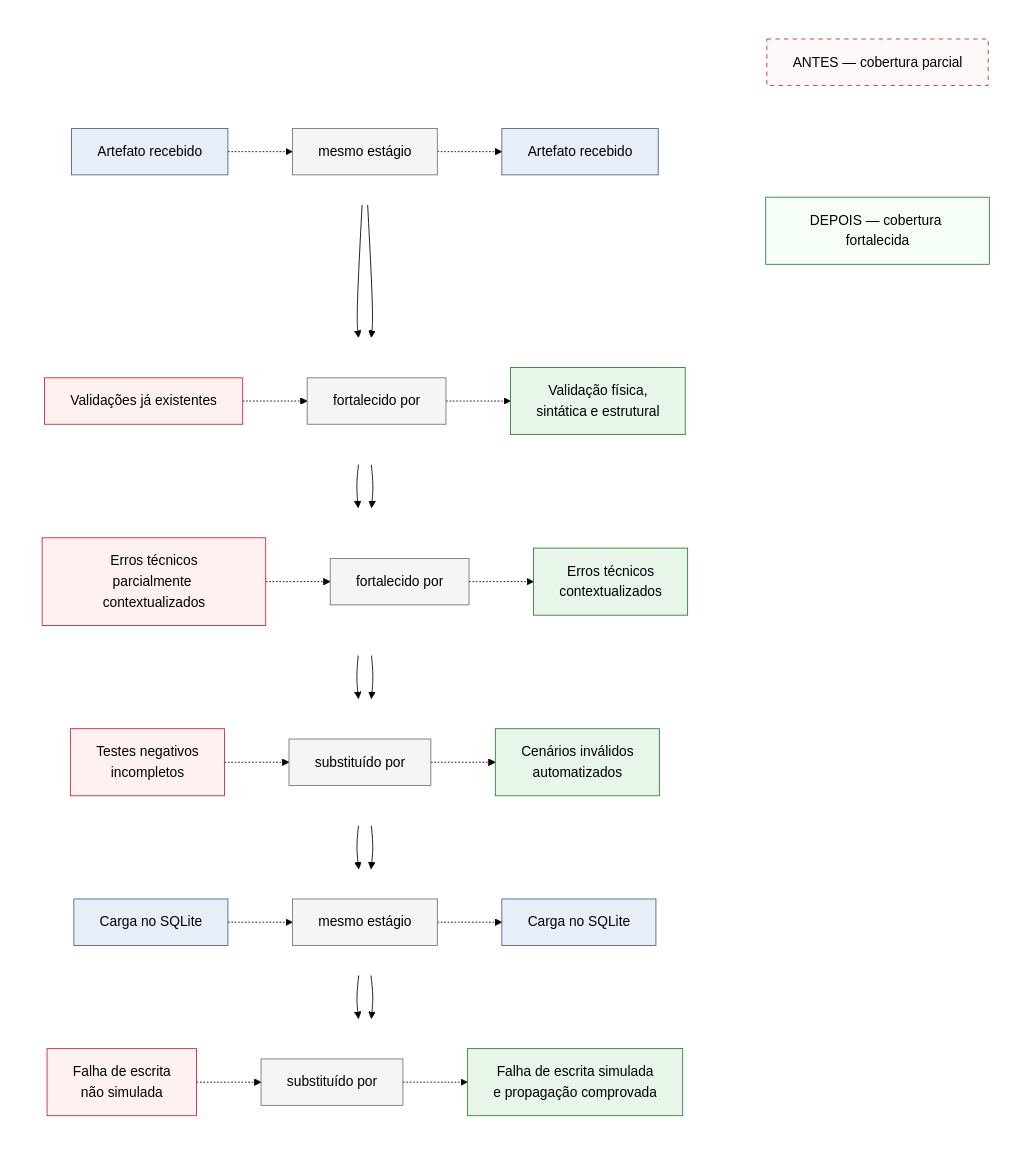
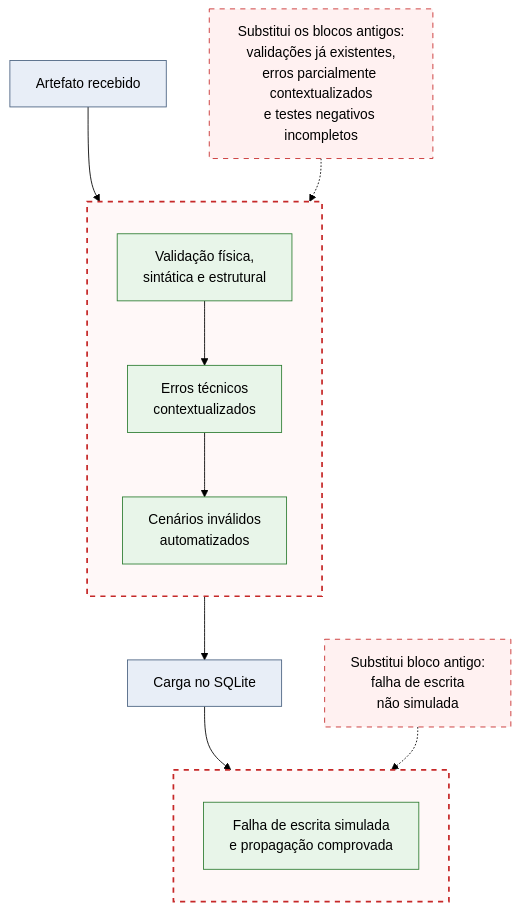
One commit to Moreno2Marcos/mini-python-data-pipeline changed the second of 2 diagrams in docs/phase-5-xcoms-e-artefatos/step-08-validar-artefatos-e-falhas.md. Above: the diagram before and after it, drawn with Mermaid (forest theme). The commit also changed other lines of this file, not shown here.

Commit message:
docs: improve Step 8 comparison flow - v3

````diff
--- a/docs/phase-5-xcoms-e-artefatos/step-08-validar-artefatos-e-falhas.md
+++ b/docs/phase-5-xcoms-e-artefatos/step-08-validar-artefatos-e-falhas.md
@@ -11,84 +42,46 @@
 ```mermaid
-flowchart TB
+flowchart TD
 
-    subgraph HEAD[" "]
-        direction LR
-        H1["ANTES — cobertura parcial"]
-        ESP[" "]
-        H2["DEPOIS — cobertura fortalecida"]
+    A[Artefato recebido]
+
+    N1["Substitui os blocos antigos:<br/>validações já existentes,<br/>erros parcialmente contextualizados<br/>e testes negativos incompletos"]
+
+    subgraph R1[" "]
+        direction TB
+
+        B[Validação física,<br/>sintática e estrutural]
+        C[Erros técnicos<br/>contextualizados]
+        D[Cenários inválidos<br/>automatizados]
+
+        B --> C
+        C --> D
     end
 
-    subgraph ROW1[" "]
-        direction LR
-        A1[Artefato recebido]
-        REL1["mesmo estágio"]
-        A2[Artefato recebido]
-        A1 -.-> REL1 -.-> A2
+    E[Carga no SQLite]
+
+    N2["Substitui bloco antigo:<br/>falha de escrita<br/>não simulada"]
+
+    subgraph R2[" "]
+        direction TB
+
+        F[Falha de escrita simulada<br/>e propagação comprovada]
     end
 
-    subgraph ROW2[" "]
-        direction LR
-        B1[Validações já existentes]
-        REL2["fortalecido por"]
-        B2[Validação física,<br/>sintática e estrutural]
-        B1 -.-> REL2 -.-> B2
-    end
+    A --> B
+    D --> E
+    E --> F
 
-    subgraph ROW3[" "]
-        direction LR
-        C1[Erros técnicos<br/>parcialmente contextualizados]
-        REL3["fortalecido por"]
-        C2[Erros técnicos<br/>contextualizados]
-        C1 -.-> REL3 -.-> C2
-    end
-
-    subgraph ROW4[" "]
-        direction LR
-        D1[Testes negativos<br/>incompletos]
-        REL4["substituído por"]
-        D2[Cenários inválidos<br/>automatizados]
-        D1 -.-> REL4 -.-> D2
-    end
-
-    subgraph ROW5[" "]
-        direction LR
-        E1[Carga no SQLite]
-        REL5["mesmo estágio"]
-        E2[Carga no SQLite]
-        E1 -.-> REL5 -.-> E2
-    end
-
-    subgraph ROW6[" "]
-        direction LR
-        F1[Falha de escrita<br/>não simulada]
-        REL6["substituído por"]
-        F2[Falha de escrita simulada<br/>e propagação comprovada]
-        F1 -.-> REL6 -.-> F2
-    end
-
-    A1 --> B1 --> C1 --> D1 --> E1 --> F1
-    A2 --> B2 --> C2 --> D2 --> E2 --> F2
+    N1 -.-> B
+    N2 -.-> F
 
     classDef unchanged fill:#E8EEF7,stroke:#4A6280,color:#000;
-    classDef oldChange fill:#FFF1F1,stroke:#C62828,color:#000;
     classDef newChange fill:#E8F5E9,stroke:#2E7D32,color:#000;
-    classDef relation fill:#F5F5F5,stroke:#757575,color:#000;
-    classDef oldTitle fill:#FFF8F8,stroke:#C62828,color:#000,stroke-dasharray:5 5;
-    classDef newTitle fill:#F6FFF7,stroke:#2E7D32,color:#000;
+    classDef noteOld fill:#FFF1F1,stroke:#C62828,color:#000,stroke-dasharray:6 6;
 
-    class A1,A2,E1,E2 unchanged;
-    class B1,C1,D1,F1 oldChange;
-    class B2,C2,D2,F2 newChange;
-    class REL1,REL2,REL3,REL4,REL5,REL6 relation;
-    class H1 oldTitle;
-    class H2 newTitle;
+    class A,E unchanged;
+    class B,C,D,F newChange;
+    class N1,N2 noteOld;
 
-    style HEAD fill:none,stroke:none
-    style ROW1 fill:none,stroke:none
-    style ROW2 fill:none,stroke:none
-    style ROW3 fill:none,stroke:none
-    style ROW4 fill:none,stroke:none
-    style ROW5 fill:none,stroke:none
-    style ROW6 fill:none,stroke:none
-    style ESP fill:none,stroke:none,color:transparent
+    style R1 fill:#FFF8F8,stroke:#C62828,stroke-width:2px,stroke-dasharray:6 6
+    style R2 fill:#FFF8F8,stroke:#C62828,stroke-width:2px,stroke-dasharray:6 6
 ```
````
